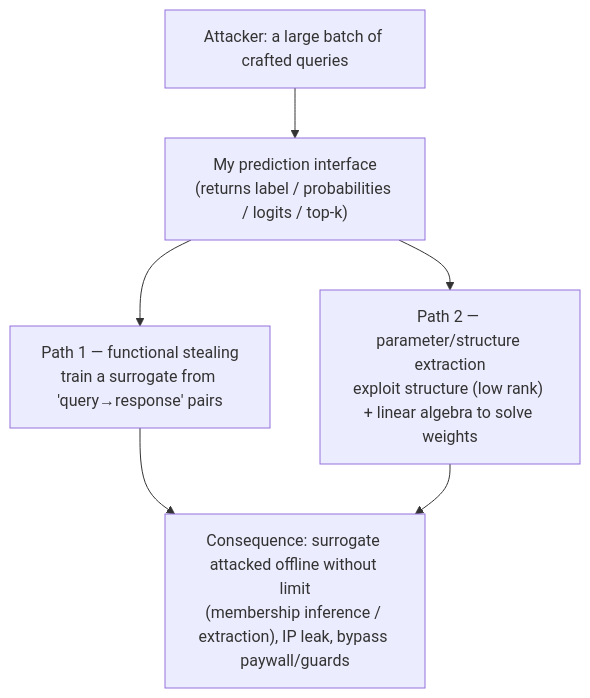
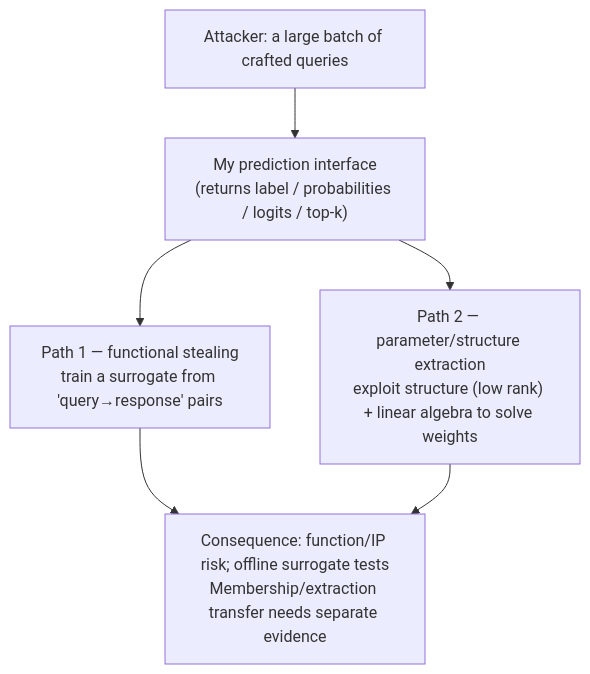
Before and after one commit to XuebinMa/AIWiki: the diagram in i18n/en/docusaurus-plugin-content-docs-privacy/current/01-foundations/model-extraction-stealing.mdx, drawn with Mermaid. The commit also changed other lines of this file and 325 other files, not shown here.

````diff
--- a/i18n/en/docusaurus-plugin-content-docs-privacy/current/01-foundations/model-extraction-stealing.mdx
+++ b/i18n/en/docusaurus-plugin-content-docs-privacy/current/01-foundations/model-extraction-stealing.mdx
@@ -34,8 +37,8 @@
 ```mermaid
 flowchart TB
     Q["Attacker: a large batch of crafted queries"] --> API["My prediction interface<br/>(returns label / probabilities / logits / top-k)"]
     API --> P1["Path 1 — functional stealing<br/>train a surrogate from 'query→response' pairs"]
     API --> P2["Path 2 — parameter/structure extraction<br/>exploit structure (low rank) + linear algebra to solve weights"]
-    P1 --> R["Consequence: surrogate attacked offline without limit<br/>(membership inference / extraction), IP leak, bypass paywall/guards"]
+    P1 --> R["Consequence: function/IP risk; offline surrogate tests<br/>Membership/extraction transfer needs separate evidence"]
     P2 --> R
 ```
````
